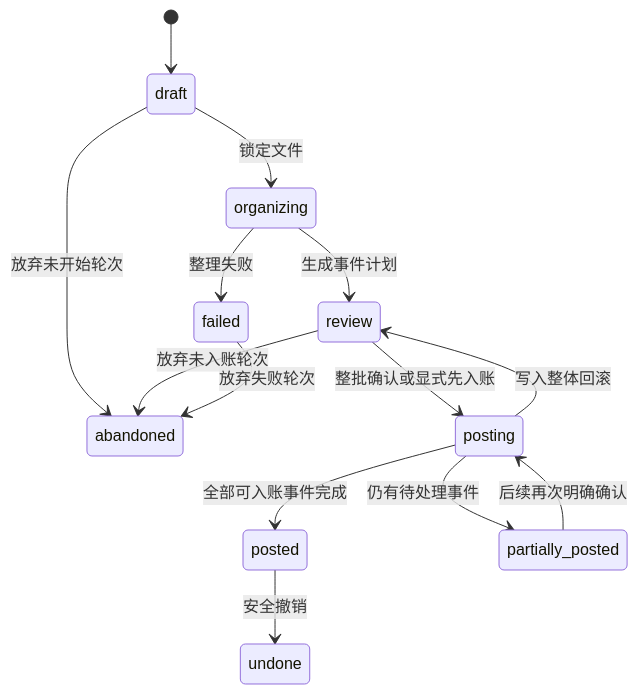
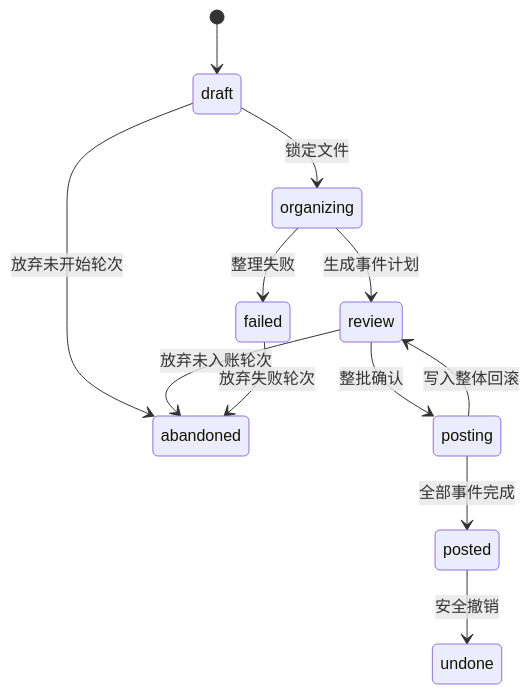
The third of 3 diagrams in docs/个人财务架构设计.md (gaohongxiang/catledger), drawn with Mermaid before and after one commit. The commit also changed other lines of this file and 76 other files, not shown here.

```diff
--- a/docs/个人财务架构设计.md
+++ b/docs/个人财务架构设计.md
@@ -116,16 +118,14 @@
 ~~~mermaid
 stateDiagram-v2
     [*] --> draft
     draft --> organizing: 锁定文件
     organizing --> review: 生成事件计划
     organizing --> failed: 整理失败
     draft --> abandoned: 放弃未开始轮次
     review --> abandoned: 放弃未入账轮次
     failed --> abandoned: 放弃失败轮次
-    review --> posting: 整批确认或显式先入账
-    posting --> posted: 全部可入账事件完成
-    posting --> partially_posted: 仍有待处理事件
-    partially_posted --> posting: 后续再次明确确认
+    review --> posting: 整批确认
+    posting --> posted: 全部事件完成
     posting --> review: 写入整体回滚
     posted --> undone: 安全撤销
 ~~~
```
